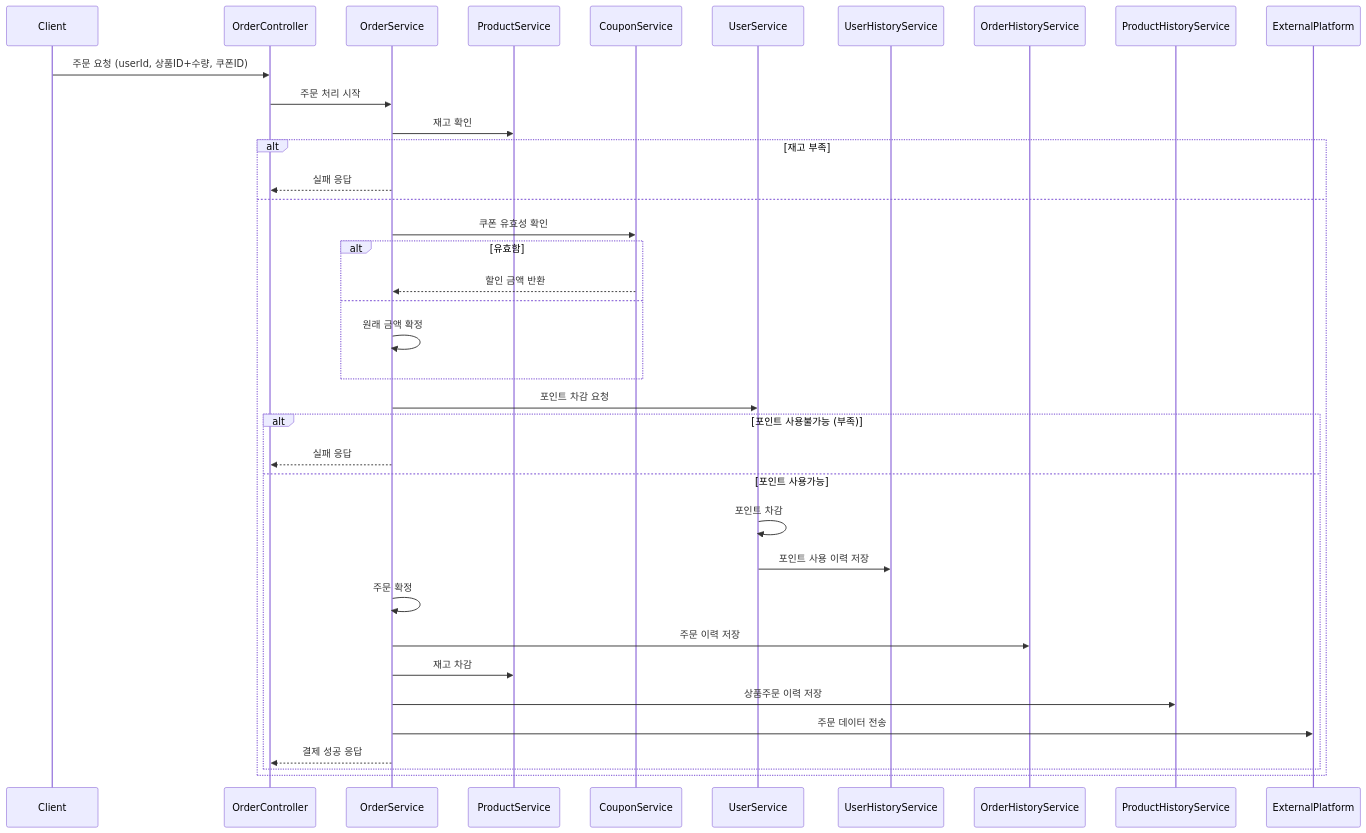
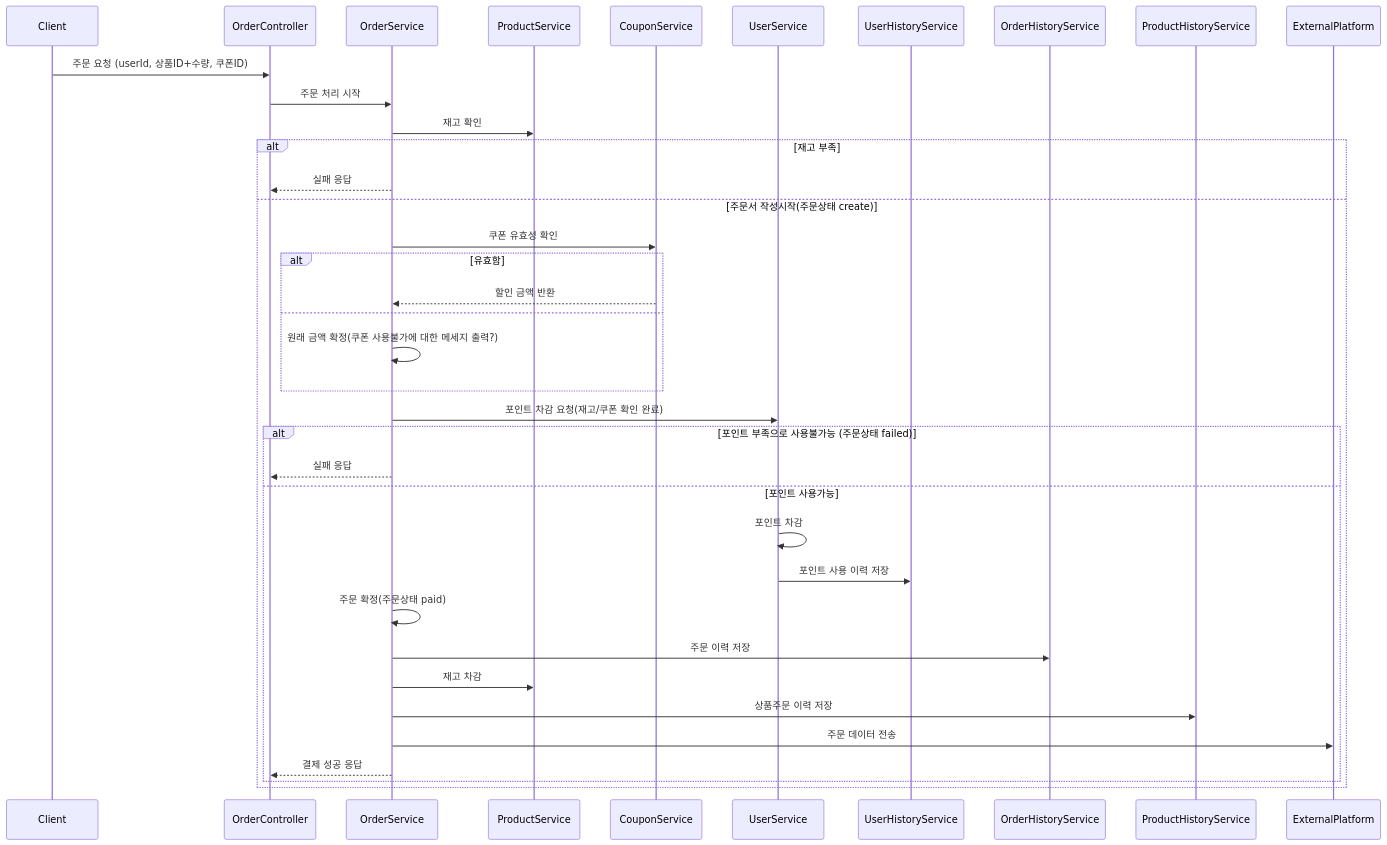
One commit to ho-jaeee/hhplus-tdd-ecommerce changed the diagram in Diagram/order_sequence.mmd. Above: the diagram before and after it, drawn with Mermaid.

Commit message:
주문상태값 및 상세하게 넣음

```diff
--- a/Diagram/order_sequence.mmd
+++ b/Diagram/order_sequence.mmd
@@ -1,45 +1,45 @@
 
 
 sequenceDiagram
     participant Client
     participant OrderController
     participant OrderService
     participant ProductService
     participant CouponService
     participant UserService
     participant UserHistoryService
     participant OrderHistoryService
     participant ProductHistoryService
     participant ExternalPlatform
 
     Client->>OrderController: 주문 요청 (userId, 상품ID+수량, 쿠폰ID)
     OrderController->>OrderService: 주문 처리 시작
 
     OrderService->>ProductService: 재고 확인
     alt 재고 부족
         OrderService-->>OrderController: 실패 응답
-    else
+    else 주문서 작성시작(주문상태 create)
         OrderService->>CouponService: 쿠폰 유효성 확인
         alt 유효함
             CouponService-->>OrderService: 할인 금액 반환
         else
-            OrderService->>OrderService: 원래 금액 확정
+            OrderService->>OrderService: 원래 금액 확정(쿠폰 사용불가에 대한 메세지 출력?)
         end
 
-        OrderService->>UserService: 포인트 차감 요청
-        alt 포인트 사용불가능 (부족)
+        OrderService->>UserService: 포인트 차감 요청(재고/쿠폰 확인 완료)
+        alt 포인트 부족으로 사용불가능 (주문상태 failed)
             OrderService-->>OrderController: 실패 응답
         else 포인트 사용가능
             UserService->>UserService: 포인트 차감
             UserService->>UserHistoryService: 포인트 사용 이력 저장
 
-            OrderService->>OrderService: 주문 확정
+            OrderService->>OrderService: 주문 확정(주문상태 paid)
             OrderService->>OrderHistoryService: 주문 이력 저장
 
             OrderService->>ProductService: 재고 차감
             OrderService->>ProductHistoryService: 상품주문 이력 저장
 
             OrderService->>ExternalPlatform: 주문 데이터 전송
             OrderService-->>OrderController: 결제 성공 응답
         end
     end
```
